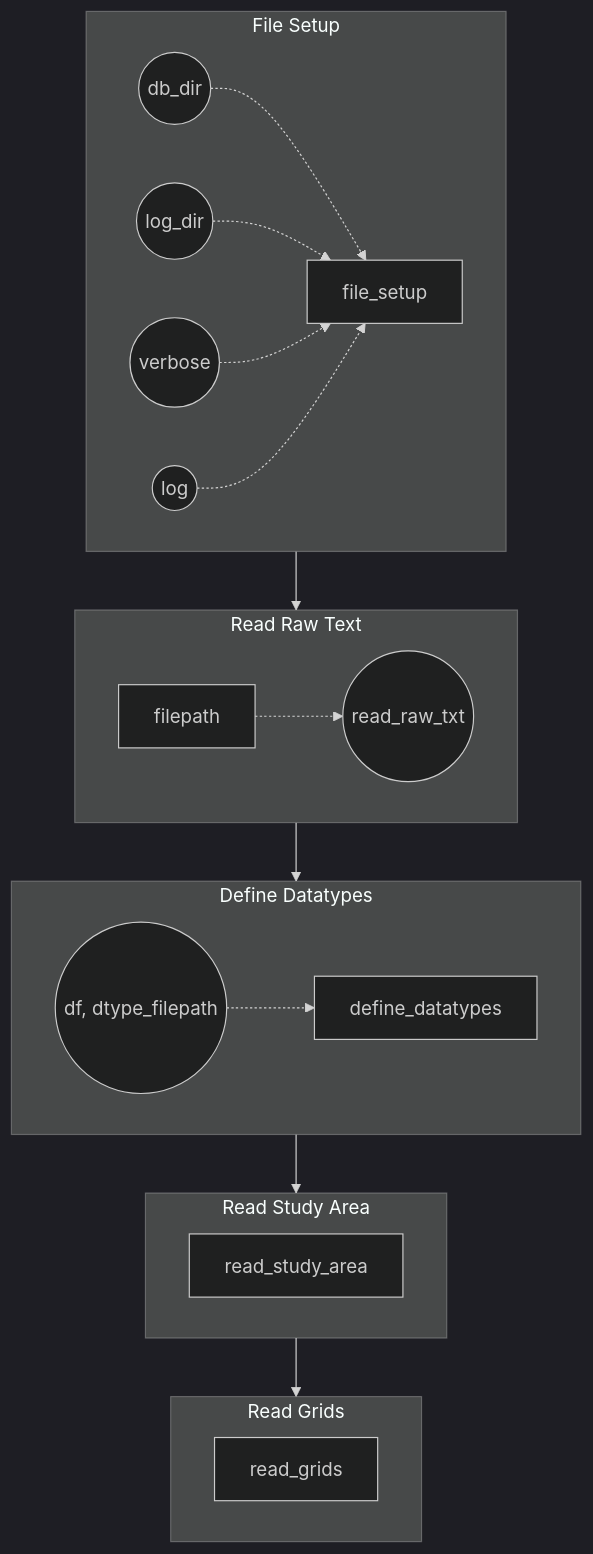
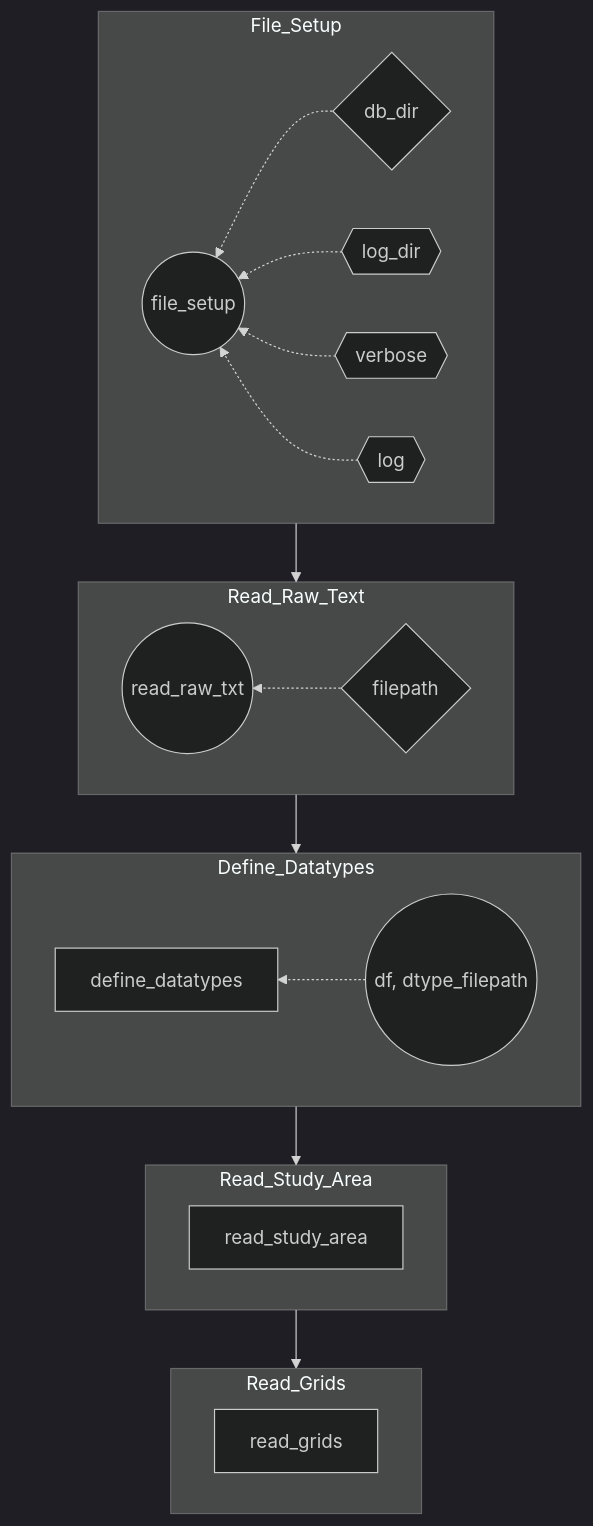
The diagram in README.md (RJbalikian/wells4hydrogeology), drawn with Mermaid (dark theme) before and after one commit. The commit also changed other lines of this file, not shown here.

Commit message:
update diagram

````diff
--- a/README.md
+++ b/README.md
@@ -49,47 +49,49 @@
 ```mermaid
-flowchart TB
-    subgraph "File Setup"
-        direction LR
-        A0[file_setup]
-        A1((db_dir))
-        A2((log_dir))
-        A3((verbose))
-        A4((log))
+flowchart TD
+    subgraph File_Setup
+        direction RL
+
+        A0((file_setup))
+        A1{db_dir}
+        A2{{log_dir}}
+        A3{{verbose}}
+        A4{{log}}
 
         A1-.->A0
         A2-.->A0
         A3-.->A0
         A4-.->A0
     end
 
-    subgraph "Read Raw Text"
-        direction LR
+    subgraph Read_Raw_Text
+        direction RL
         B0((read_raw_txt))
-        B1[filepath]
+        B1{filepath}
 
-        A0-->B0
         B1-.->B0
     end
 
-    subgraph "Define Datatypes"
-        direction LR
+    subgraph Define_Datatypes
+        direction RL
         C0[define_datatypes]
         C1((df, dtype_filepath))
         
-        B0-->C0
         C1-.->C0
     end
 
-    subgraph "Read Study Area"
-        direction LR
+    subgraph Read_Study_Area
+        direction RL
         D0[read_study_area]
-        C0-->D0
     end
 
-    subgraph "Read Grids"
-        direction LR
+    subgraph Read_Grids
+        direction RL
         E0[read_grids]
-        D0-->E0
     end
 
+    File_Setup-->Read_Raw_Text
+    Read_Raw_Text-->Define_Datatypes
+    Define_Datatypes-->Read_Study_Area
+    Read_Study_Area-->Read_Grids
+
 ```
````
